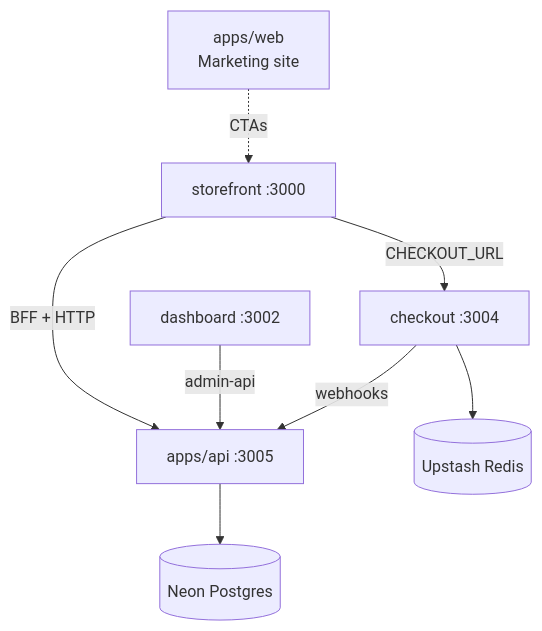
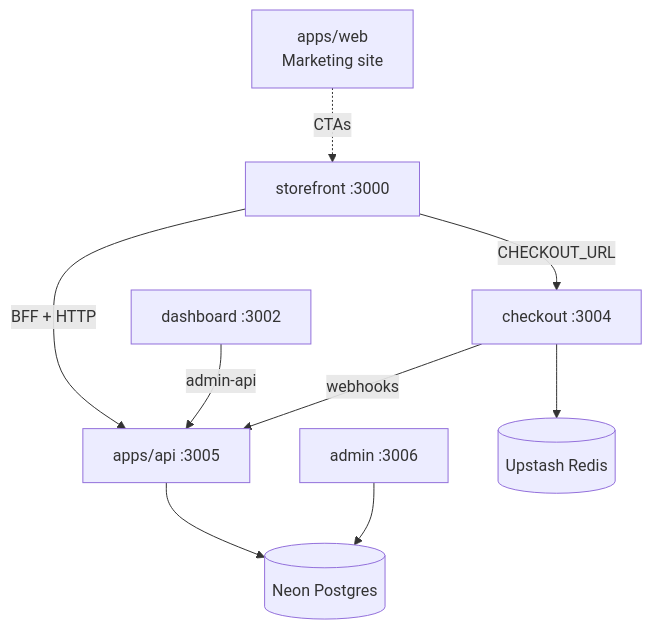
One commit to rodrigobarona/prood-commerce-platform changed the diagram in apps/docs/content/docs/apps/overview.mdx. Above: the diagram before and after it, drawn with Mermaid. The commit also changed other lines of this file and 48 other files, not shown here.

````diff
--- a/apps/docs/content/docs/apps/overview.mdx
+++ b/apps/docs/content/docs/apps/overview.mdx
@@ -21,20 +22,22 @@
 ```mermaid
 flowchart TB
   WEB[apps/web<br/>Marketing site]
 
   SF[storefront :3000]
   DB[dashboard :3002]
   API[apps/api :3005]
   CHK[checkout :3004]
+  ADM[admin :3006]
   NEON[(Neon Postgres)]
   REDIS[(Upstash Redis)]
 
   WEB -.->|CTAs| SF
 
   SF -->|BFF + HTTP| API
   DB -->|admin-api| API
   SF -->|CHECKOUT_URL| CHK
   CHK -->|webhooks| API
   API --> NEON
+  ADM --> NEON
   CHK --> REDIS
 ```
````
